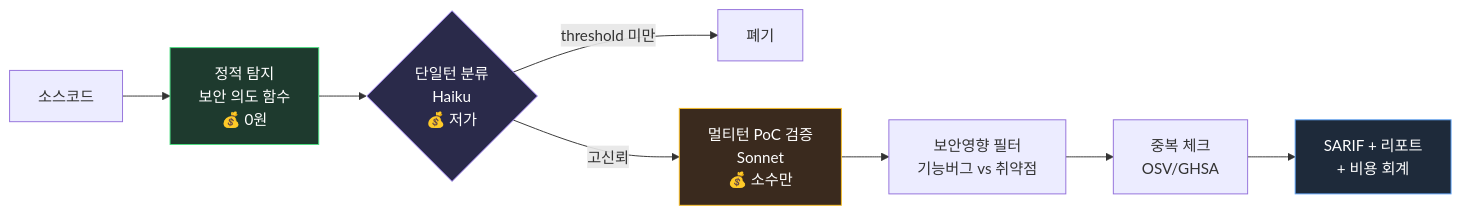
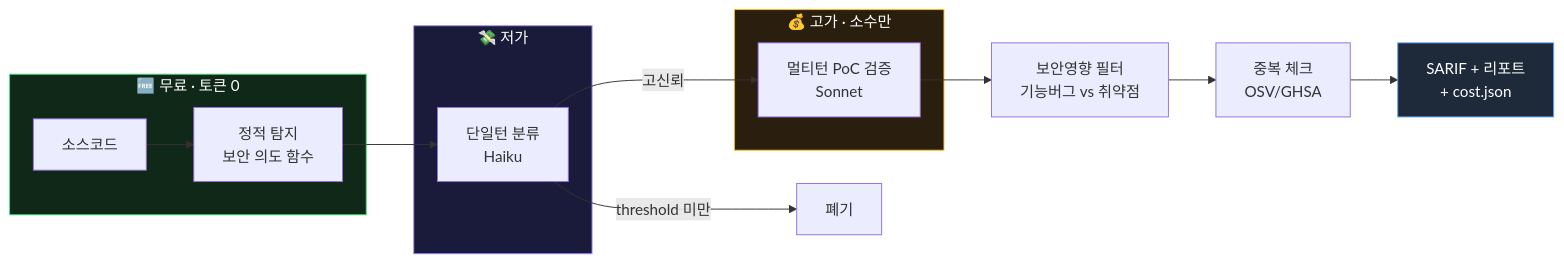
The second of 2 diagrams in README.md (ki0915/etk-scanner), drawn with Mermaid before and after one commit. The commit also changed other lines of this file and 1 other file, not shown here.

Commit message:
docs: expand README, add roadmap, trim self-promotion

````diff
--- a/README.md
+++ b/README.md
@@ -40,15 +90,21 @@
 ```mermaid
 flowchart LR
-    A[소스코드] --> B[정적 탐지<br/>보안 의도 함수<br/>💰 0원]
-    B --> C{단일턴 분류<br/>Haiku<br/>💰 저가}
-    C -->|threshold 미만| X[폐기]
-    C -->|고신뢰| D[멀티턴 PoC 검증<br/>Sonnet<br/>💰 소수만]
-    D --> E[보안영향 필터<br/>기능버그 vs 취약점]
-    E --> F[중복 체크<br/>OSV/GHSA]
-    F --> G[SARIF + 리포트<br/>+ 비용 회계]
+    subgraph FREE["🆓 무료 · 토큰 0"]
+        A["소스코드"] --> B["정적 탐지<br/>보안 의도 함수"]
+    end
+    subgraph CHEAP["💸 저가"]
+        B --> C["단일턴 분류<br/>Haiku"]
+    end
+    subgraph EXP["💰 고가 · 소수만"]
+        C -->|고신뢰| D["멀티턴 PoC 검증<br/>Sonnet"]
+    end
+    D --> E["보안영향 필터<br/>기능버그 vs 취약점"]
+    E --> F["중복 체크<br/>OSV/GHSA"]
+    F --> G["SARIF + 리포트<br/>+ cost.json"]
+    C -->|threshold 미만| X["폐기"]
 
-    style B fill:#1e3a2e,stroke:#4ade80,color:#fff
-    style C fill:#2a2a4a,stroke:#a78bfa,color:#fff
-    style D fill:#3a2a1e,stroke:#fbbf24,color:#fff
+    style FREE fill:#0f2818,stroke:#4ade80,color:#fff
+    style CHEAP fill:#1a1a3a,stroke:#a78bfa,color:#fff
+    style EXP fill:#2a1e0f,stroke:#fbbf24,color:#fff
     style G fill:#1e2a3a,stroke:#60a5fa,color:#fff
 ```
````
